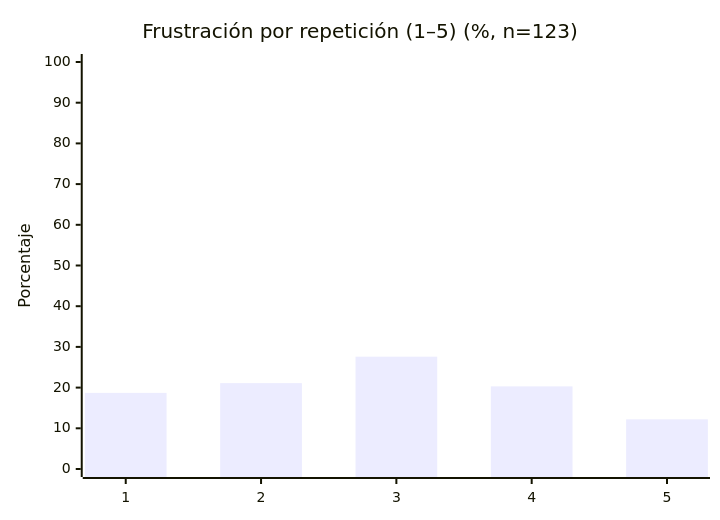
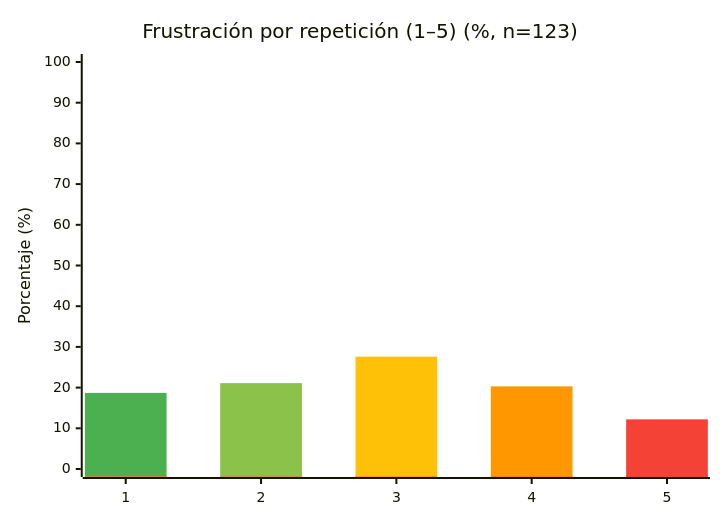
The diagram in images/diagrams/encuesta_frustracion.mmd (smith-3/Taller-Grado-II), drawn with Mermaid before and after one commit. The commit also changed 10 other files, not shown here.

```diff
--- a/images/diagrams/encuesta_frustracion.mmd
+++ b/images/diagrams/encuesta_frustracion.mmd
@@ -1,6 +1,22 @@
-%%{init: { 'theme': 'default' } }%%
+%%{init: {
+  'theme': 'default',
+  'themeVariables': {
+    'xyChart': {
+      'plotColorPalette': '#4CAF50, #8BC34A, #FFC107, #FF9800, #F44336'
+    }
+  }
+}}%%
 xychart-beta
     title "Frustración por repetición (1–5) (%, n=123)"
     x-axis ["1", "2", "3", "4", "5"]
-    y-axis "Porcentaje" 0 --> 100
-    bar "Porcentaje" [18.7, 21.1, 27.6, 20.3, 12.2]
+    y-axis "Porcentaje (%)" 0 --> 100
+    %% 1
+    bar [18.7, -1.9, -1.9, -1.9, -1.9]
+    %% 2
+    bar [-1.9, 21.1, -1.9, -1.9, -1.9]
+    %% 3
+    bar [-1.9, -1.9, 27.6, -1.9, -1.9]
+    %% 4
+    bar [-1.9, -1.9, -1.9, 20.3, -1.9]
+    %% 5
+    bar [-1.9, -1.9, -1.9, -1.9, 12.2]
```
